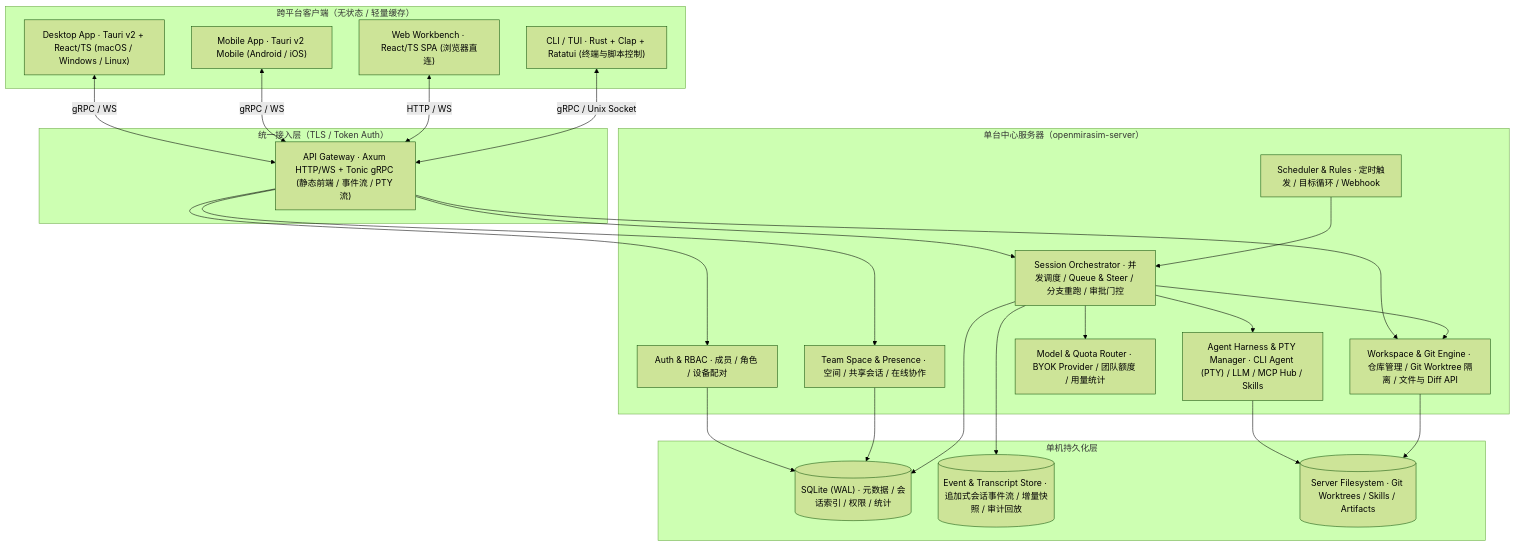
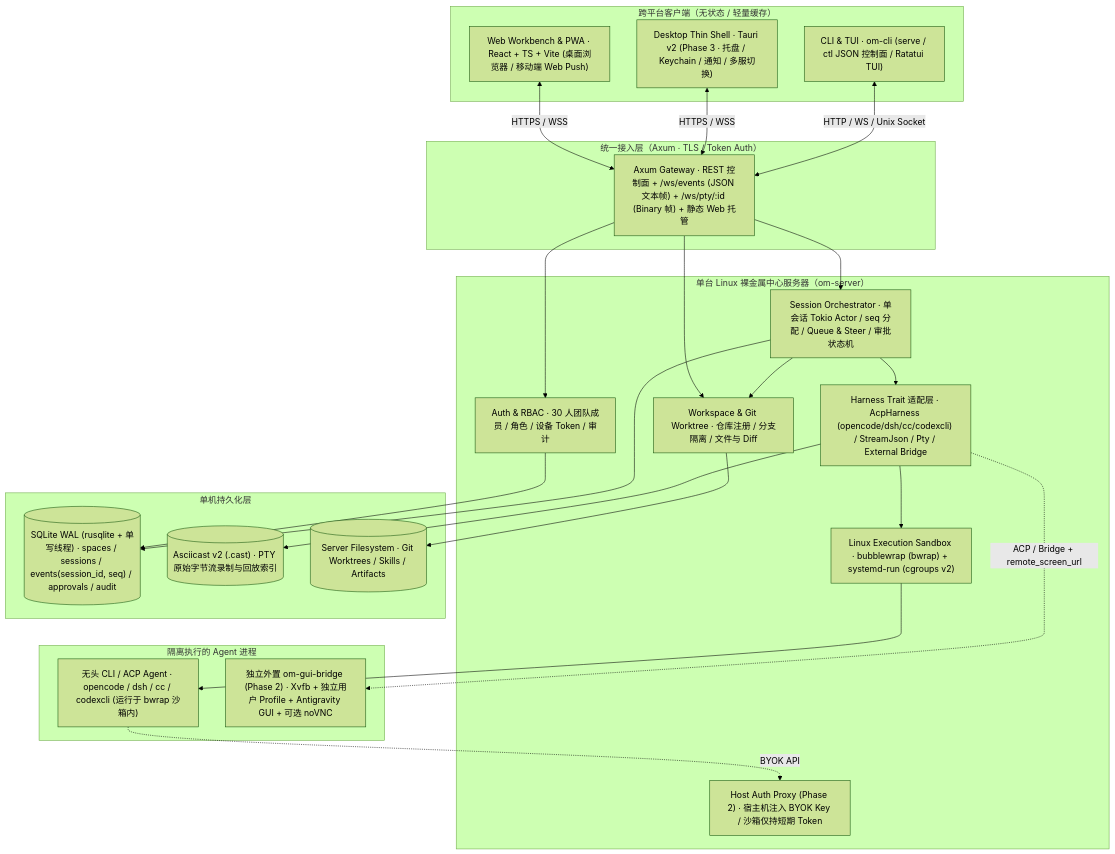
The first of 2 diagrams in docs/architecture.md (SQMY-dor/openmirasim), drawn with Mermaid (forest theme) before and after one commit. The commit also changed other lines of this file and 25 other files, not shown here.

Commit message:
chore: adopt R1-R7 design review, add roadmap/work-split, fix setup-env, and scaffold workspace + CI

````diff
--- a/docs/architecture.md
+++ b/docs/architecture.md
@@ -25,51 +23,52 @@
 ```mermaid
 flowchart TB
     subgraph Clients["跨平台客户端（无状态 / 轻量缓存）"]
-        Desktop["Desktop App · Tauri v2 + React/TS (macOS / Windows / Linux)"]
-        Mobile["Mobile App · Tauri v2 Mobile (Android / iOS)"]
-        Web["Web Workbench · React/TS SPA (浏览器直连)"]
-        CLI["CLI / TUI · Rust + Clap + Ratatui (终端与脚本控制)"]
+        Web["Web Workbench & PWA · React + TS + Vite (桌面浏览器 / 移动端 Web Push)"]
+        Desktop["Desktop Thin Shell · Tauri v2 (Phase 3 · 托盘 / Keychain / 通知 / 多服切换)"]
+        CLI["CLI & TUI · om-cli (serve / ctl JSON 控制面 / Ratatui TUI)"]
     end
 
-    subgraph Transport["统一接入层（TLS / Token Auth）"]
-        Gateway["API Gateway · Axum HTTP/WS + Tonic gRPC (静态前端 / 事件流 / PTY 流)"]
+    subgraph Transport["统一接入层（Axum · TLS / Token Auth）"]
+        API["Axum Gateway · REST 控制面 + /ws/events (JSON 文本帧) + /ws/pty/:id (Binary 帧) + 静态 Web 托管"]
     end
 
-    subgraph Server["单台中心服务器（openmirasim-server）"]
-        Auth["Auth & RBAC · 成员 / 角色 / 设备配对"]
-        SpaceMgr["Team Space & Presence · 空间 / 共享会话 / 在线协作"]
-        Orchestrator["Session Orchestrator · 并发调度 / Queue & Steer / 分支重跑 / 审批门控"]
-        HarnessMgr["Agent Harness & PTY Manager · CLI Agent (PTY) / LLM / MCP Hub / Skills"]
-        WorkspaceMgr["Workspace & Git Engine · 仓库管理 / Git Worktree 隔离 / 文件与 Diff API"]
-        Automation["Scheduler & Rules · 定时触发 / 目标循环 / Webhook"]
-        ModelRouter["Model & Quota Router · BYOK Provider / 团队额度 / 用量统计"]
+    subgraph Server["单台 Linux 裸金属中心服务器（om-server）"]
+        Auth["Auth & RBAC · 30 人团队成员 / 角色 / 设备 Token / 审计"]
+        Orchestrator["Session Orchestrator · 单会话 Tokio Actor / seq 分配 / Queue & Steer / 审批状态机"]
+        WorkspaceMgr["Workspace & Git Worktree · 仓库注册 / 分支隔离 / 文件与 Diff"]
+        Sandbox["Linux Execution Sandbox · bubblewrap (bwrap) + systemd-run (cgroups v2)"]
+        KeyProxy["Host Auth Proxy (Phase 2) · 宿主机注入 BYOK Key / 沙箱仅持短期 Token"]
+        HarnessLayer["Harness Trait 适配层 · AcpHarness (opencode/dsh/cc/codexcli) / StreamJson / Pty / External Bridge"]
+    end
+
+    subgraph ExternalAgents["隔离执行的 Agent 进程"]
+        CliAgents["无头 CLI / ACP Agent · opencode / dsh / cc / codexcli (运行于 bwrap 沙箱内)"]
+        GuiBridge["独立外置 om-gui-bridge (Phase 2) · Xvfb + 独立用户 Profile + Antigravity GUI + 可选 noVNC"]
     end
 
     subgraph Storage["单机持久化层"]
-        SQLite[("SQLite (WAL) · 元数据 / 会话索引 / 权限 / 统计")]
-        EventLog[("Event & Transcript Store · 追加式会话事件流 / 增量快照 / 审计回放")]
+        SQLite[("SQLite WAL (rusqlite + 单写线程) · spaces / sessions / events(session_id, seq) / approvals / audit")]
+        CastFiles[("Asciicast v2 (.cast) · PTY 原始字节流录制与回放索引")]
         FS[("Server Filesystem · Git Worktrees / Skills / Artifacts")]
     end
 
-    Desktop <-->|"gRPC / WS"| Gateway
-    Mobile <-->|"gRPC / WS"| Gateway
-    Web <-->|"HTTP / WS"| Gateway
-    CLI <-->|"gRPC / Unix Socket"| Gateway
+    Web <-->|"HTTPS / WSS"| API
+    Desktop <-->|"HTTPS / WSS"| API
+    CLI <-->|"HTTP / WS / Unix Socket"| API
 
-    Gateway --> Auth
-    Gateway --> SpaceMgr
-    Gateway --> Orchestrator
-    Gateway --> WorkspaceMgr
+    API --> Auth
+    API --> Orchestrator
+    API --> WorkspaceMgr
 
-    Orchestrator --> HarnessMgr
+    Orchestrator --> HarnessLayer
     Orchestrator --> WorkspaceMgr
-    Orchestrator --> ModelRouter
-    Automation --> Orchestrator
+    HarnessLayer --> Sandbox
+    Sandbox --> CliAgents
+    HarnessLayer -.->|"ACP / Bridge + remote_screen_url"| GuiBridge
+    CliAgents -.->|"BYOK API"| KeyProxy
 
     Auth --> SQLite
-    SpaceMgr --> SQLite
     Orchestrator --> SQLite
-    Orchestrator --> EventLog
-    HarnessMgr --> FS
+    HarnessLayer --> CastFiles
     WorkspaceMgr --> FS
 ```
````
